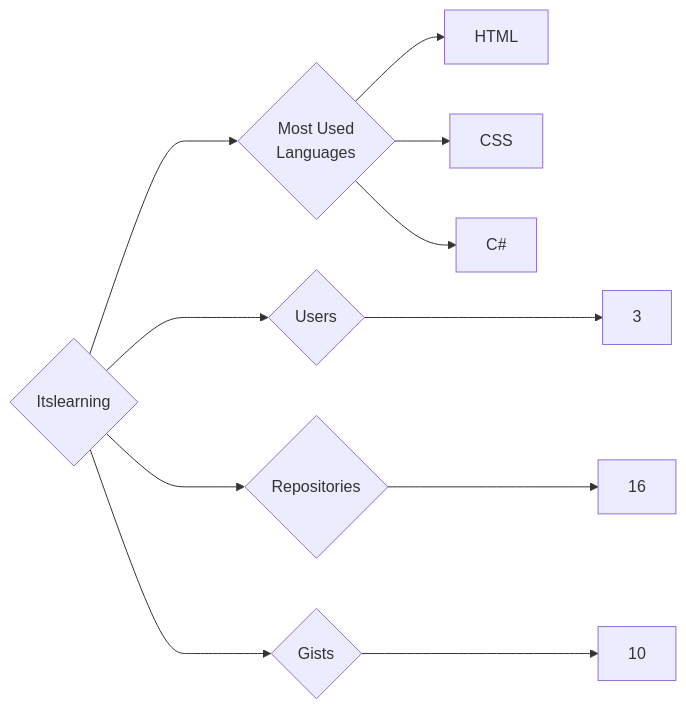
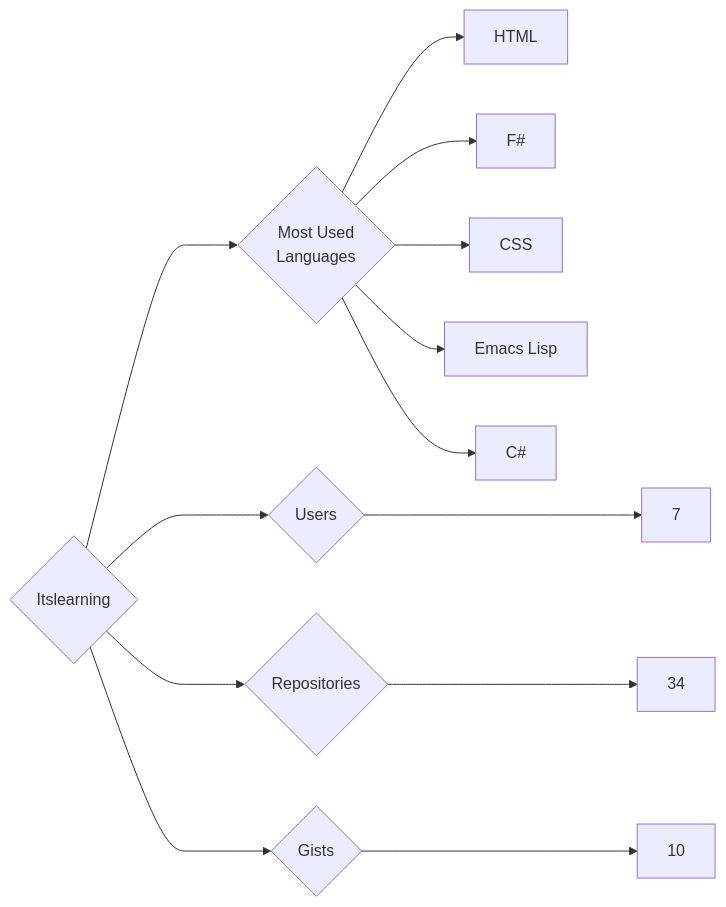
One commit to trickest/insiders changed the diagram in targets/Itslearning/README.md. Above: the diagram before and after it, drawn with Mermaid. The commit also changed 682 other files, not shown here.

````diff
--- a/targets/Itslearning/README.md
+++ b/targets/Itslearning/README.md
@@ -3,11 +3,13 @@
 ```mermaid
 graph LR
 COMPANY_NAME{Itslearning}
-COMPANY_NAME ---> U{Users} ---> UN[3]
-COMPANY_NAME ---> R{Repositories} ---> RN[16]
+COMPANY_NAME ---> U{Users} ---> UN[7]
+COMPANY_NAME ---> R{Repositories} ---> RN[34]
 COMPANY_NAME ---> G{Gists} ---> GN[10]
 COMPANY_NAME ---> ML{Most Used<br>Languages}
 ML --> HTML[HTML]
+ML --> F#[F#]
 ML --> CSS[CSS]
+ML --> Emacs_Lisp[Emacs Lisp]
 ML --> C#[C#]
 ```
````
